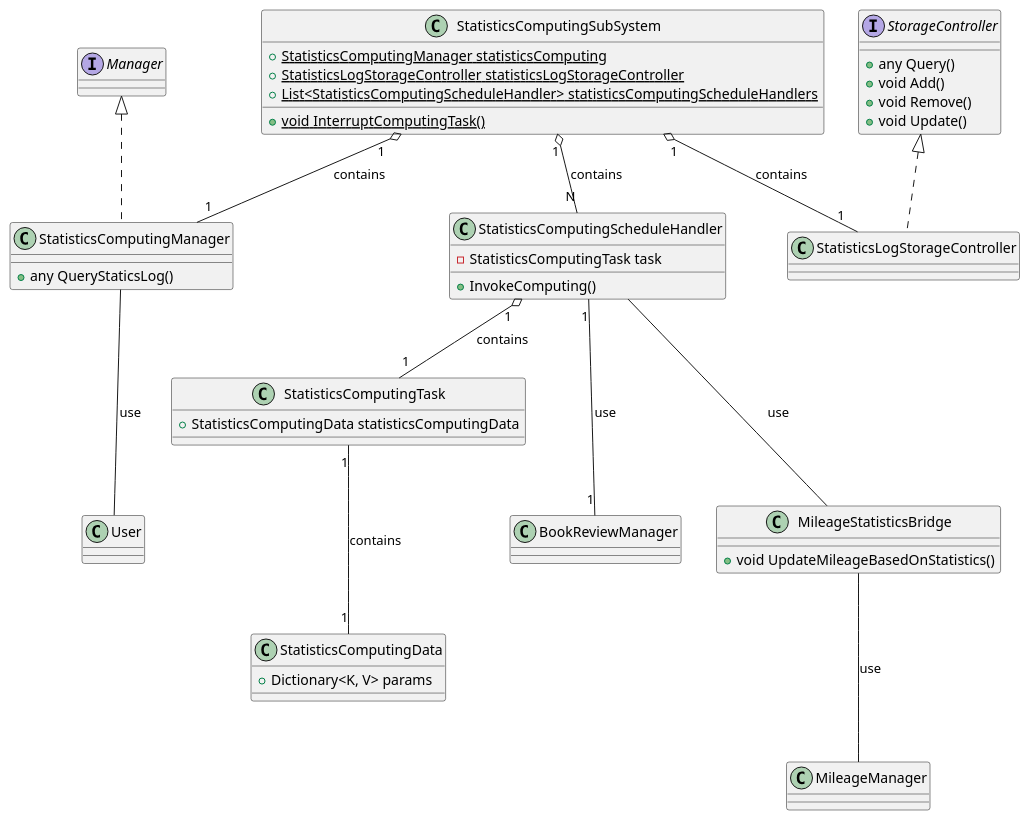
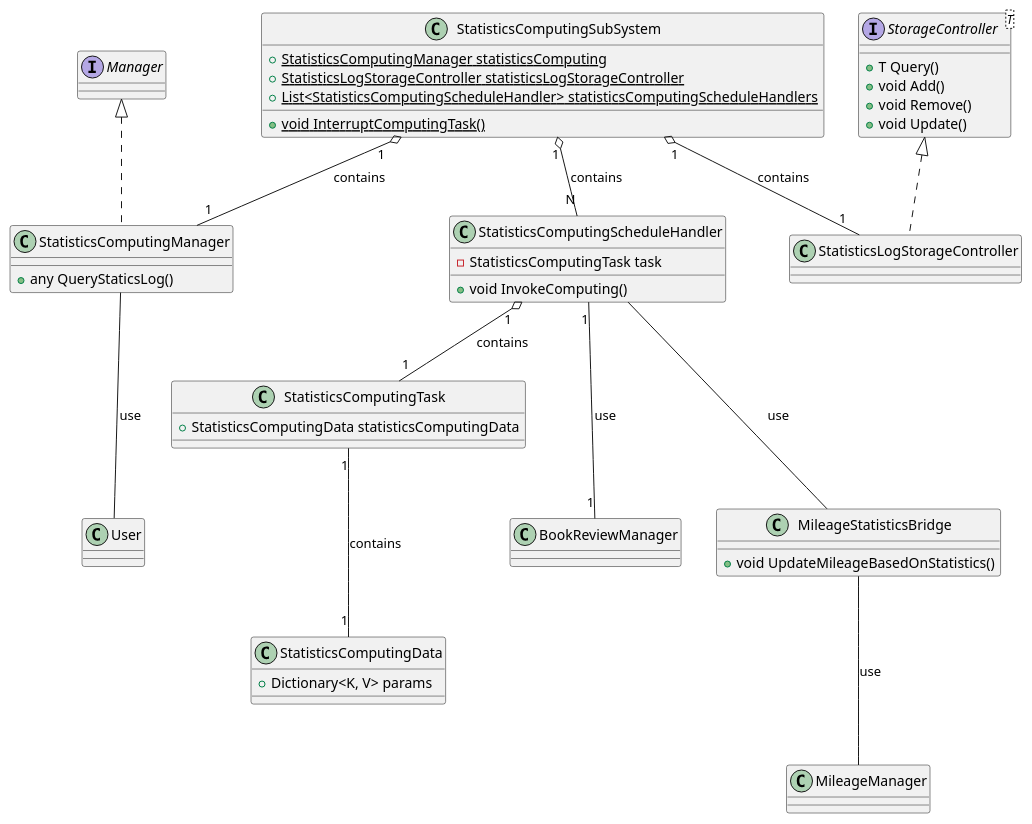
Before and after one commit to ShapeLayer/se-lecture-task__project-structure-definitions: the diagram in src/Statistics.puml, drawn with PlantUML. The commit also changed 19 other files, not shown here.

```diff
--- a/src/Statistics.puml
+++ b/src/Statistics.puml
@@ -1,59 +1,59 @@
 @startuml
 Interface Manager
-Interface StorageController {
-    + any Query()
+Interface StorageController<T> {
+    + T Query()
     + void Add()
     + void Remove()
     + void Update()
 }
 
 ' MileageChangeBridge
 class MileageStatisticsBridge {
     + void UpdateMileageBasedOnStatistics()
 }
 MileageStatisticsBridge --- MileageManager : use
 
 ' Statistics
 
 class StatisticsComputingData {
     + Dictionary<K, V> params
 }
 
 class StatisticsComputingTask {
     + StatisticsComputingData statisticsComputingData
 }
 
 StatisticsComputingTask "1" --- "1" StatisticsComputingData : contains
 
 class StatisticsComputingManager implements Manager {
     + any QueryStaticsLog()
 }
 
 StatisticsComputingManager --- User : use
 
 ' Todo: StatisticsLog
 
 class StatisticsLogStorageController implements StorageController {}
 
 class StatisticsComputingScheduleHandler {
     - StatisticsComputingTask task
-    + InvokeComputing()
+    + void InvokeComputing()
 }
 
 StatisticsComputingScheduleHandler "1" --- "1" BookReviewManager : use
 StatisticsComputingScheduleHandler "1" o-- "1" StatisticsComputingTask : contains
 StatisticsComputingScheduleHandler --- MileageStatisticsBridge : use
 
 ' StatisticsComputing SubSystem
 class StatisticsComputingSubSystem {
     + {static} StatisticsComputingManager statisticsComputing
     + {static} StatisticsLogStorageController statisticsLogStorageController
     + {static} List<StatisticsComputingScheduleHandler> statisticsComputingScheduleHandlers
     + {static} void InterruptComputingTask()
 }
 
 StatisticsComputingSubSystem "1" o-- "1" StatisticsComputingManager : contains
 StatisticsComputingSubSystem "1" o-- "1" StatisticsLogStorageController : contains
 StatisticsComputingSubSystem "1" o-- "N" StatisticsComputingScheduleHandler : contains
 
 @enduml
```
